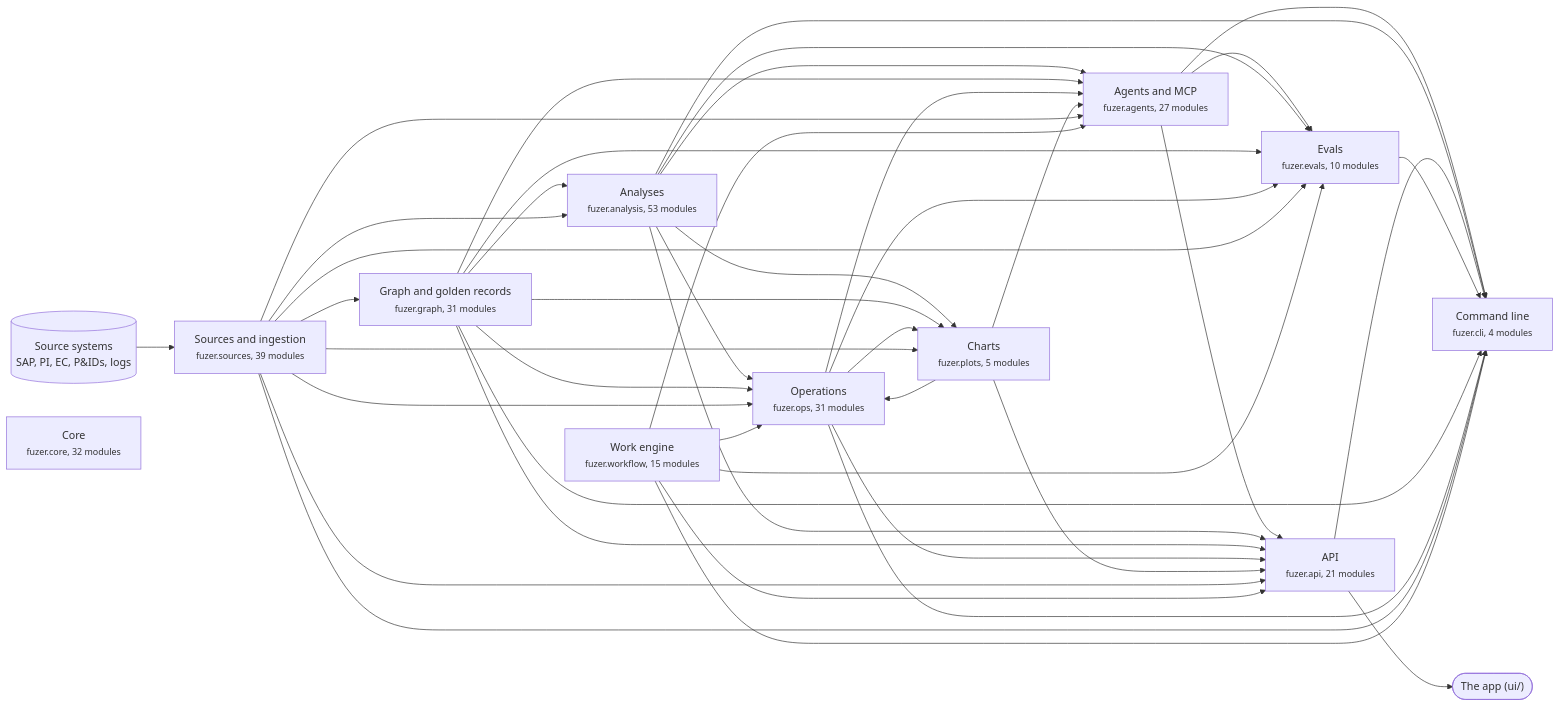
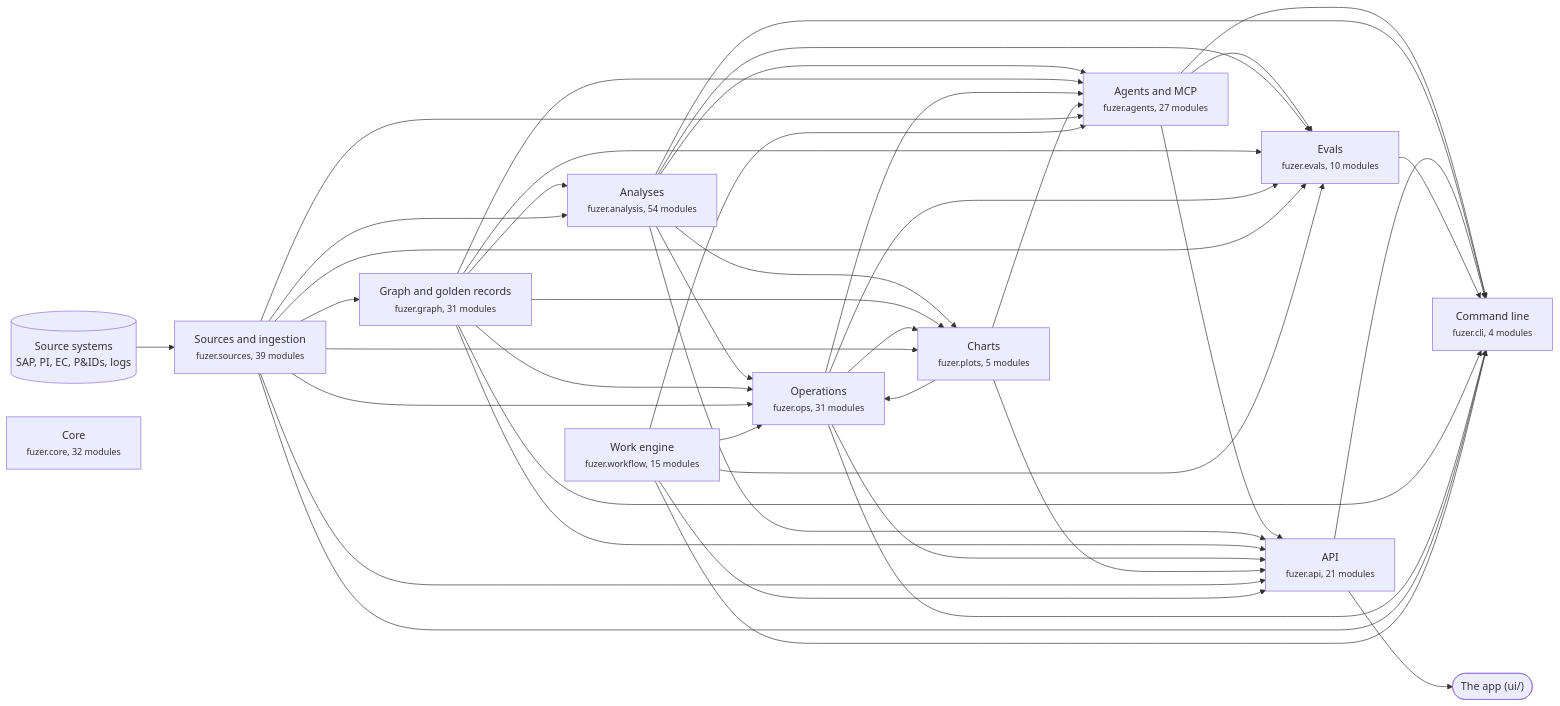
One commit to areed145/fuzer changed the first of 3 diagrams in docs/architecture.md. Above: the diagram before and after it, drawn with Mermaid. The commit also changed other lines of this file and 19 other files, not shown here.

````diff
--- a/docs/architecture.md
+++ b/docs/architecture.md
@@ -8,67 +8,67 @@
 ```mermaid
 flowchart LR
   systems[("Source systems<br>SAP, PI, EC, P&IDs, logs")] --> c_sources
   app(["The app (ui/)"])
   c_api --> app
   c_sources["Sources and ingestion<br><small>fuzer.sources, 39 modules</small>"]
   c_graph["Graph and golden records<br><small>fuzer.graph, 31 modules</small>"]
-  c_analysis["Analyses<br><small>fuzer.analysis, 53 modules</small>"]
+  c_analysis["Analyses<br><small>fuzer.analysis, 54 modules</small>"]
   c_ops["Operations<br><small>fuzer.ops, 31 modules</small>"]
   c_plots["Charts<br><small>fuzer.plots, 5 modules</small>"]
   c_workflow["Work engine<br><small>fuzer.workflow, 15 modules</small>"]
   c_agents["Agents and MCP<br><small>fuzer.agents, 27 modules</small>"]
   c_evals["Evals<br><small>fuzer.evals, 10 modules</small>"]
   c_api["API<br><small>fuzer.api, 21 modules</small>"]
   c_cli["Command line<br><small>fuzer.cli, 4 modules</small>"]
   c_core["Core<br><small>fuzer.core, 32 modules</small>"]
   c_sources --> c_graph
   c_graph --> c_analysis
   c_sources --> c_analysis
   c_analysis --> c_ops
   c_graph --> c_ops
   c_plots --> c_ops
   c_sources --> c_ops
   c_workflow --> c_ops
   c_analysis --> c_plots
   c_graph --> c_plots
   c_ops --> c_plots
   c_sources --> c_plots
   c_analysis --> c_agents
   c_graph --> c_agents
   c_ops --> c_agents
   c_plots --> c_agents
   c_sources --> c_agents
   c_workflow --> c_agents
   c_agents --> c_evals
   c_analysis --> c_evals
   c_graph --> c_evals
   c_ops --> c_evals
   c_sources --> c_evals
   c_workflow --> c_evals
   c_agents --> c_api
   c_analysis --> c_api
   c_graph --> c_api
   c_ops --> c_api
   c_plots --> c_api
   c_sources --> c_api
   c_workflow --> c_api
   c_agents --> c_cli
   c_analysis --> c_cli
   c_api --> c_cli
   c_evals --> c_cli
   c_graph --> c_cli
   c_ops --> c_cli
   c_sources --> c_cli
   c_workflow --> c_cli
   click c_sources "https://github.com/areed145/fuzer/tree/main/src/fuzer/sources"
   click c_graph "https://github.com/areed145/fuzer/tree/main/src/fuzer/graph"
   click c_analysis "https://github.com/areed145/fuzer/tree/main/src/fuzer/analysis"
   click c_ops "https://github.com/areed145/fuzer/tree/main/src/fuzer/ops"
   click c_plots "https://github.com/areed145/fuzer/tree/main/src/fuzer/plots"
   click c_workflow "https://github.com/areed145/fuzer/tree/main/src/fuzer/workflow"
   click c_agents "https://github.com/areed145/fuzer/tree/main/src/fuzer/agents"
   click c_evals "https://github.com/areed145/fuzer/tree/main/src/fuzer/evals"
   click c_api "https://github.com/areed145/fuzer/tree/main/src/fuzer/api"
   click c_cli "https://github.com/areed145/fuzer/tree/main/src/fuzer/cli"
   click c_core "https://github.com/areed145/fuzer/tree/main/src/fuzer/core"
 ```
````
